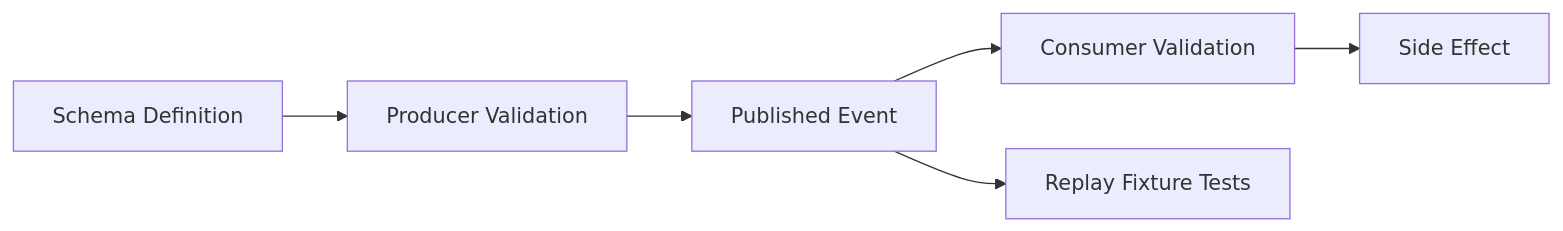
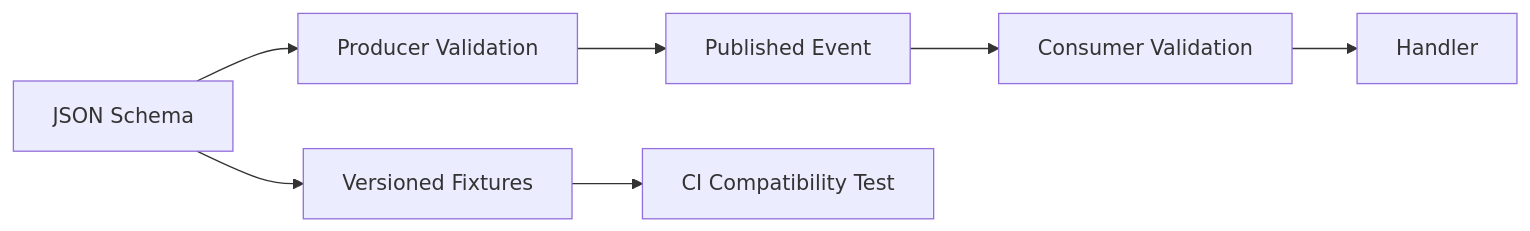
The diagram in docs/events/schemas/README.md (D-engahmed/OMILINKS), drawn with Mermaid before and after one commit. The commit also changed other lines of this file and 2 other files, not shown here.

Commit message:
docs: deepen event contracts retry policy and schemas

````diff
--- a/docs/events/schemas/README.md
+++ b/docs/events/schemas/README.md
@@ -28,8 +66,9 @@
-```mermaid
+~~~mermaid
 flowchart LR
-DEF[Schema Definition] --> PROD[Producer Validation]
-PROD --> BUS[Published Event]
-BUS --> CONS[Consumer Validation]
-CONS --> EFFECT[Side Effect]
-BUS --> REPLAY[Replay Fixture Tests]
-```
+SCHEMA[JSON Schema] --> PRODUCER[Producer Validation]
+PRODUCER --> EVENT[Published Event]
+EVENT --> CONSUMER[Consumer Validation]
+CONSUMER --> HANDLER[Handler]
+SCHEMA --> FIXTURE[Versioned Fixtures]
+FIXTURE --> CI[CI Compatibility Test]
+~~~
````
